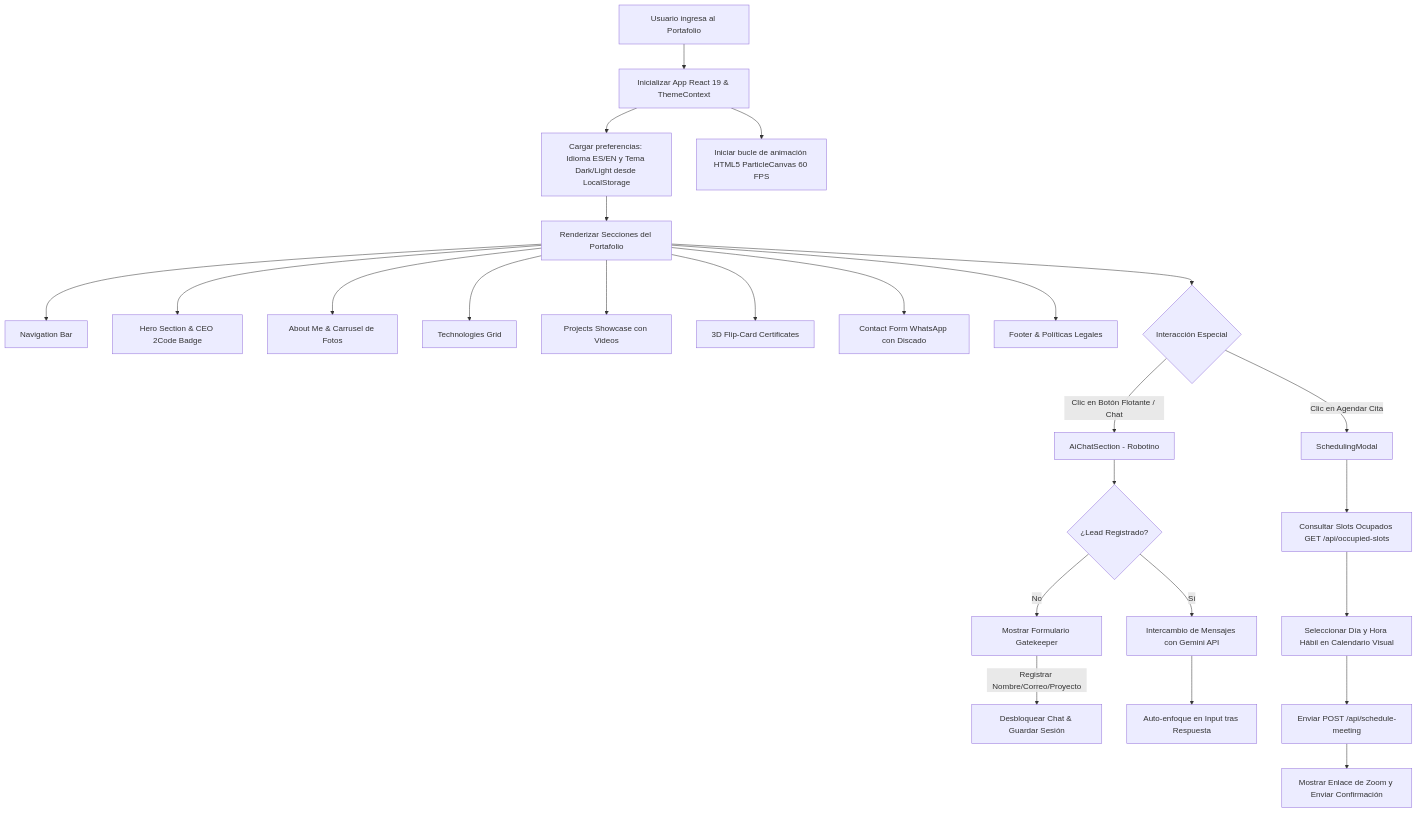
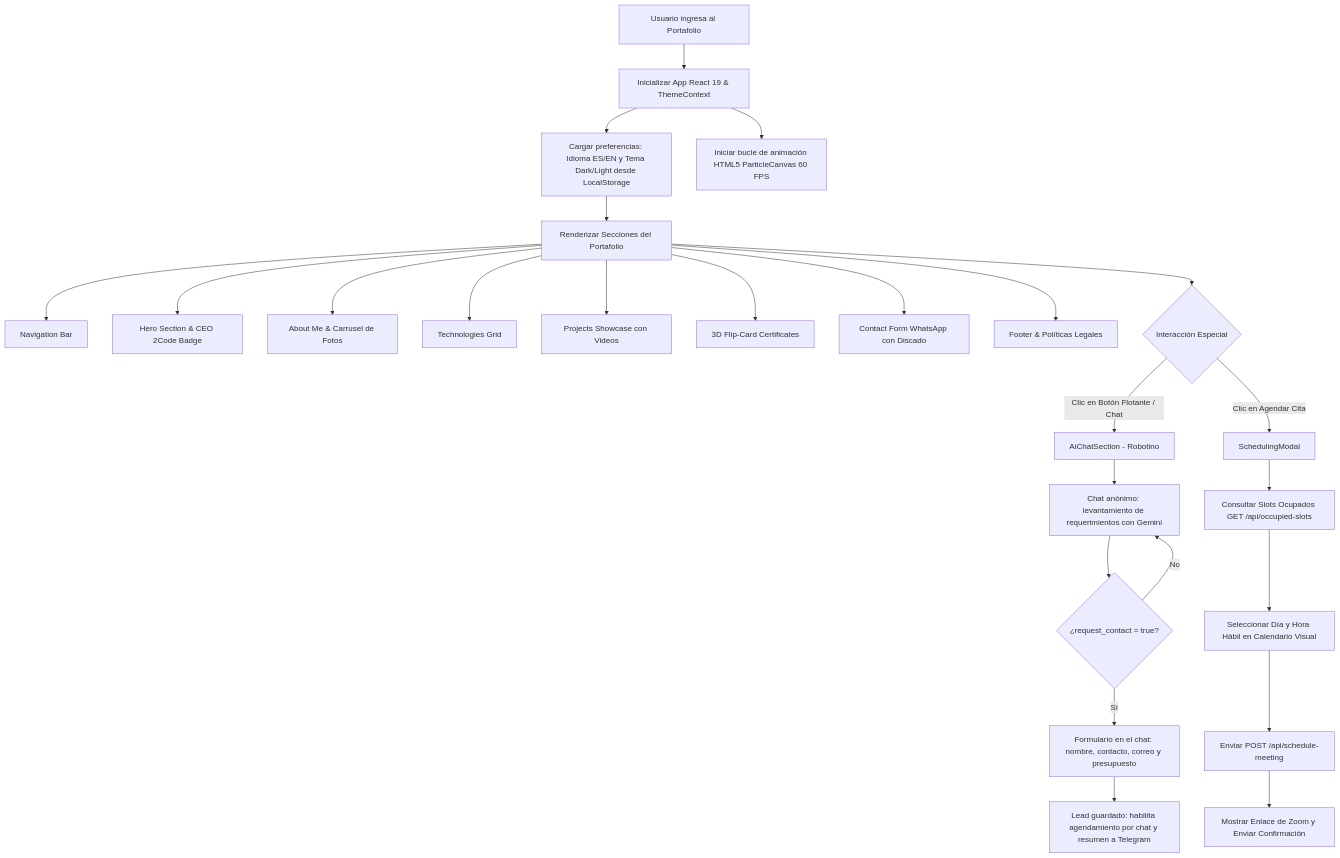
Before and after one commit to LuisFCosteC/Portfolio_LFCC_V2: the third of 6 diagrams in README.md, drawn with Mermaid. The commit also changed other lines of this file and 13 other files, not shown here.

First line of the commit message:
feat: proyecto AkinoAI, carrusel de proyectos, chat con captura de lead y mejoras de navegación

````diff
--- a/README.md
+++ b/README.md
@@ -128,31 +128,31 @@
 ```mermaid
 flowchart TD
     A[Usuario ingresa al Portafolio] --> B[Inicializar App React 19 & ThemeContext]
     B --> C[Cargar preferencias: Idioma ES/EN y Tema Dark/Light desde LocalStorage]
     B --> D[Iniciar bucle de animación HTML5 ParticleCanvas 60 FPS]
     
     C --> E[Renderizar Secciones del Portafolio]
     E --> F[Navigation Bar]
     E --> G[Hero Section & CEO 2Code Badge]
     E --> H[About Me & Carrusel de Fotos]
     E --> I[Technologies Grid]
     E --> J[Projects Showcase con Videos]
     E --> K[3D Flip-Card Certificates]
     E --> L[Contact Form WhatsApp con Discado]
     E --> M[Footer & Políticas Legales]
 
     E --> N{Interacción Especial}
     N -->|Clic en Botón Flotante / Chat| O[AiChatSection - Robotino]
     N -->|Clic en Agendar Cita| P[SchedulingModal]
 
-    O --> Q{¿Lead Registrado?}
-    Q -->|No| R[Mostrar Formulario Gatekeeper]
-    R -->|Registrar Nombre/Correo/Proyecto| S[Desbloquear Chat & Guardar Sesión]
-    Q -->|Sí| T[Intercambio de Mensajes con Gemini API]
-    T --> U[Auto-enfoque en Input tras Respuesta]
+    O --> T[Chat anónimo: levantamiento de requerimientos con Gemini]
+    T --> Q{¿request_contact = true?}
+    Q -->|No| T
+    Q -->|Sí| R[Formulario en el chat: nombre, contacto, correo y presupuesto]
+    R --> S[Lead guardado: habilita agendamiento por chat y resumen a Telegram]
 
     P --> V[Consultar Slots Ocupados GET /api/occupied-slots]
     V --> W[Seleccionar Día y Hora Hábil en Calendario Visual]
     W --> X[Enviar POST /api/schedule-meeting]
     X --> Y[Mostrar Enlace de Zoom y Enviar Confirmación]
 ```
````
